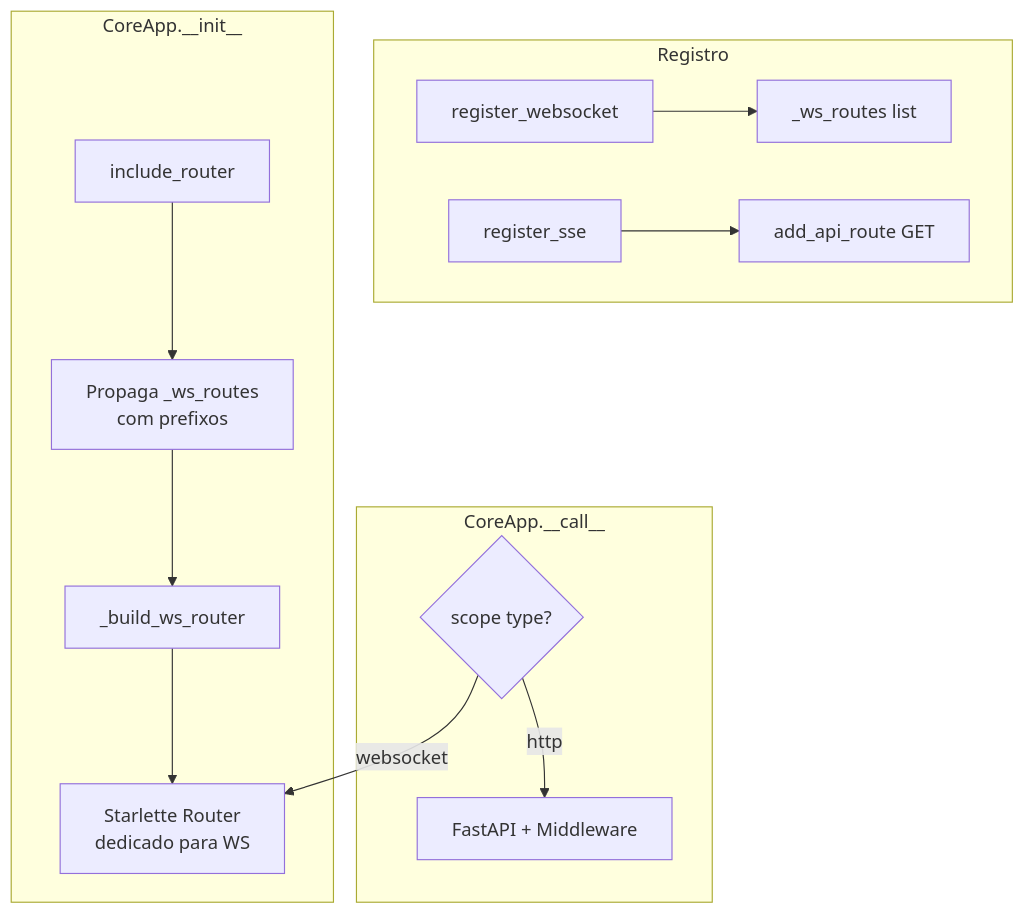
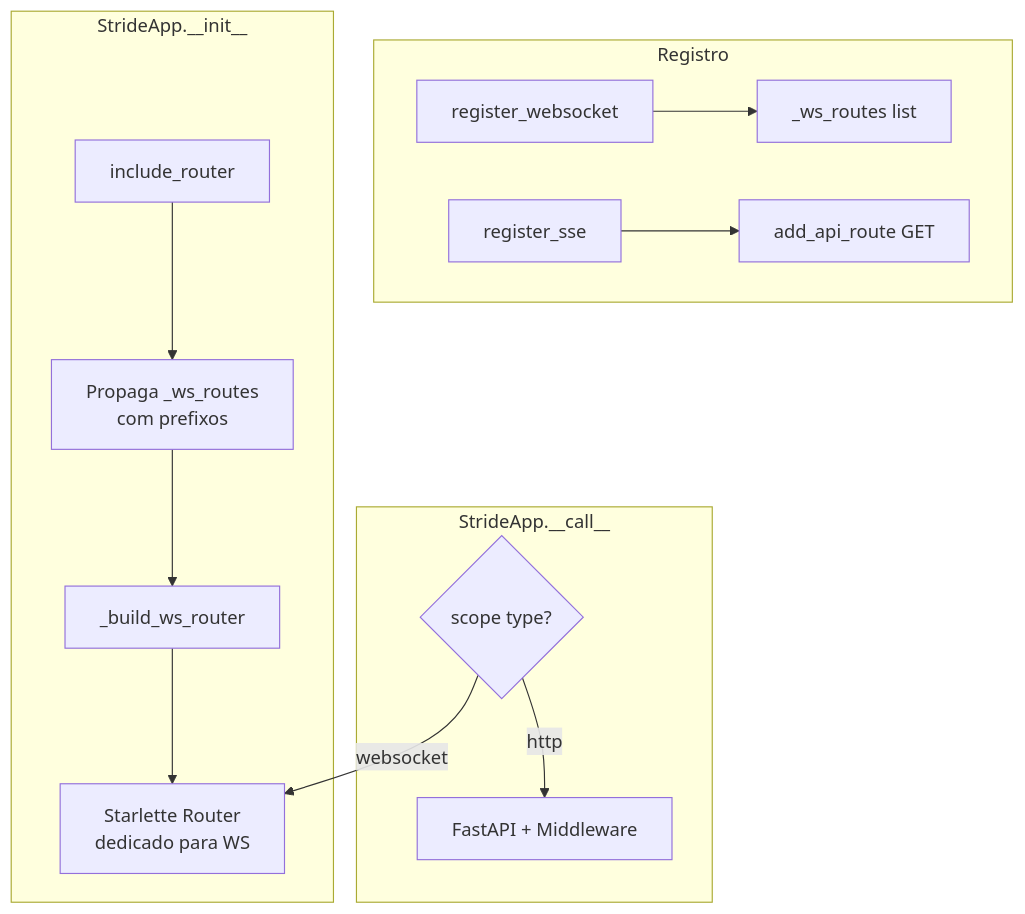
The third of 3 diagrams in docs/25-realtime.md (SorPuti/core-framework), drawn with Mermaid before and after one commit. The commit also changed other lines of this file and 432 other files, not shown here.

````diff
--- a/docs/25-realtime.md
+++ b/docs/25-realtime.md
@@ -379,19 +379,19 @@
 ```mermaid
 flowchart TB
     subgraph "Registro"
         RW[register_websocket] --> WSR[_ws_routes list]
         RS[register_sse] --> HTTP[add_api_route GET]
     end
 
-    subgraph "CoreApp.__init__"
+    subgraph "StrideApp.__init__"
         IR[include_router] --> PROP[Propaga _ws_routes<br/>com prefixos]
         PROP --> BUILD[_build_ws_router]
         BUILD --> STAR[Starlette Router<br/>dedicado para WS]
     end
 
-    subgraph "CoreApp.__call__"
+    subgraph "StrideApp.__call__"
         REQ{scope type?}
         REQ -->|websocket| STAR
         REQ -->|http| FAST[FastAPI + Middleware]
     end
 ```
````
